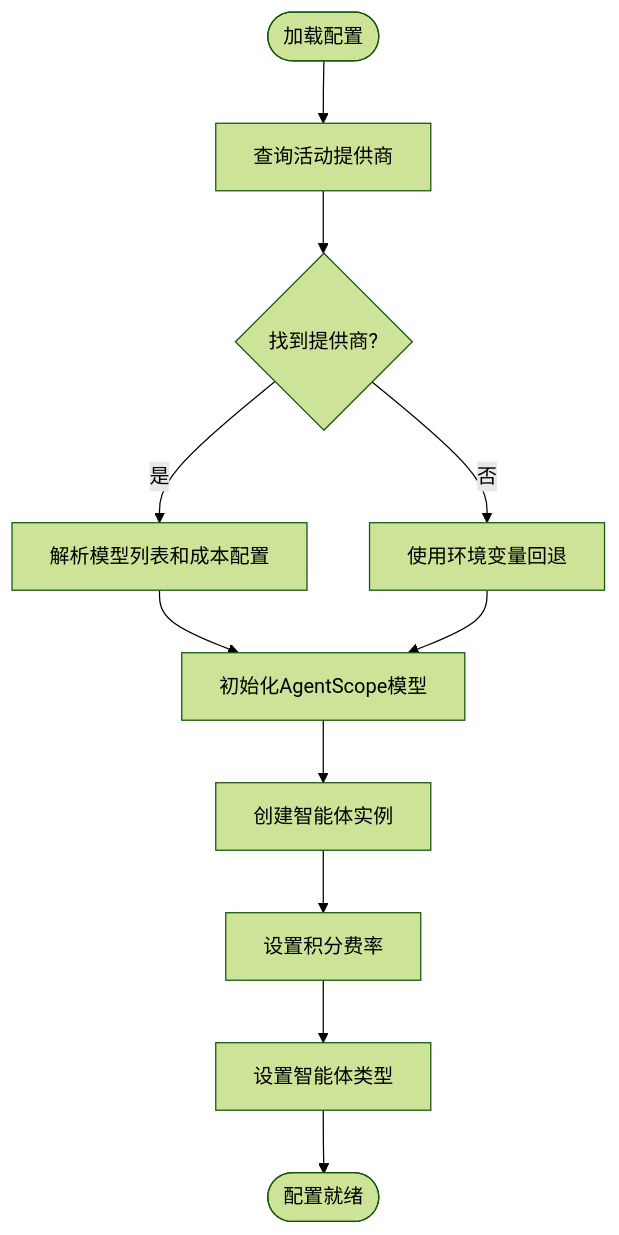
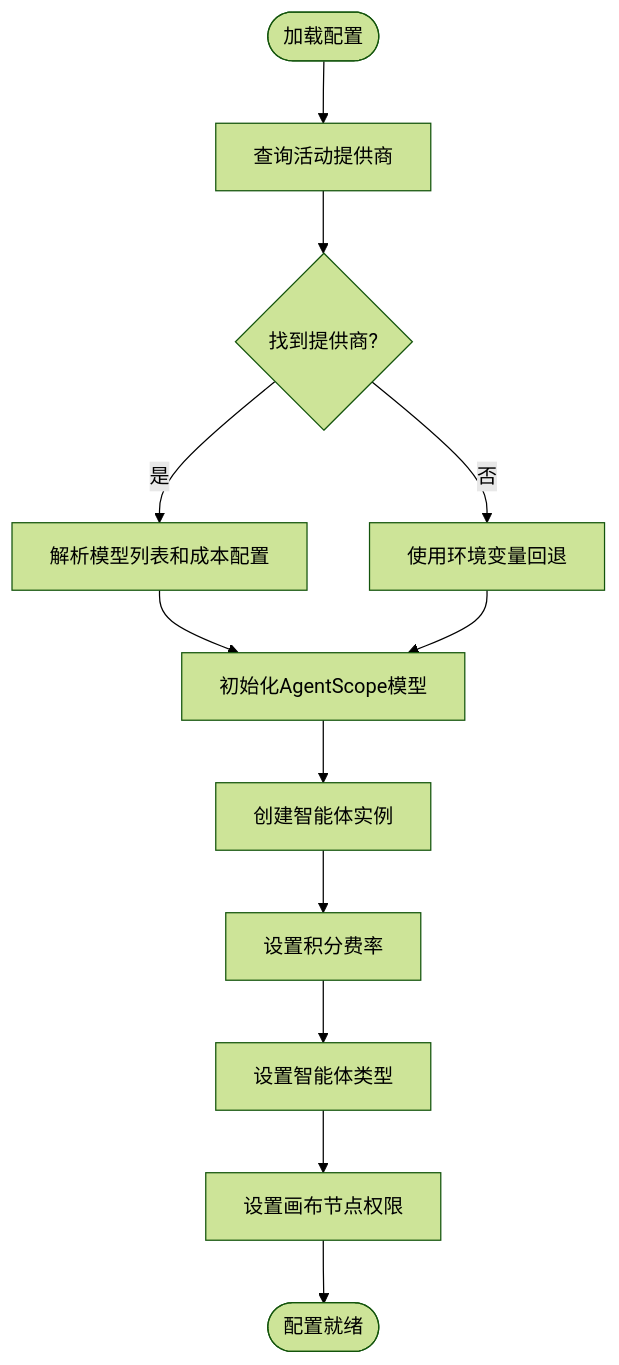
The fifth of 24 diagrams in .qoder/repowiki/zh/content/后端开发指南/API路由系统/智能体管理API.md (KunLabAI/KunFlix), drawn with Mermaid (forest theme) before and after one commit. The commit also changed other lines of this file and 15 other files, not shown here.

````diff
--- a/.qoder/repowiki/zh/content/后端开发指南/API路由系统/智能体管理API.md
+++ b/.qoder/repowiki/zh/content/后端开发指南/API路由系统/智能体管理API.md
@@ -368,13 +389,14 @@
 ```mermaid
 flowchart TD
 Start(["加载配置"]) --> CheckDB["查询活动提供商"]
 CheckDB --> Found{"找到提供商?"}
 Found --> |是| ParseModels["解析模型列表和成本配置"]
 Found --> |否| Fallback["使用环境变量回退"]
 ParseModels --> InitModel["初始化AgentScope模型"]
 Fallback --> InitModel
 InitModel --> CreateAgents["创建智能体实例"]
 CreateAgents --> SetRates["设置积分费率"]
 SetRates --> SetType["设置智能体类型"]
-SetType --> Ready(["配置就绪"])
+SetType --> SetCanvas["设置画布节点权限"]
+SetCanvas --> Ready(["配置就绪"])
 ```
````
